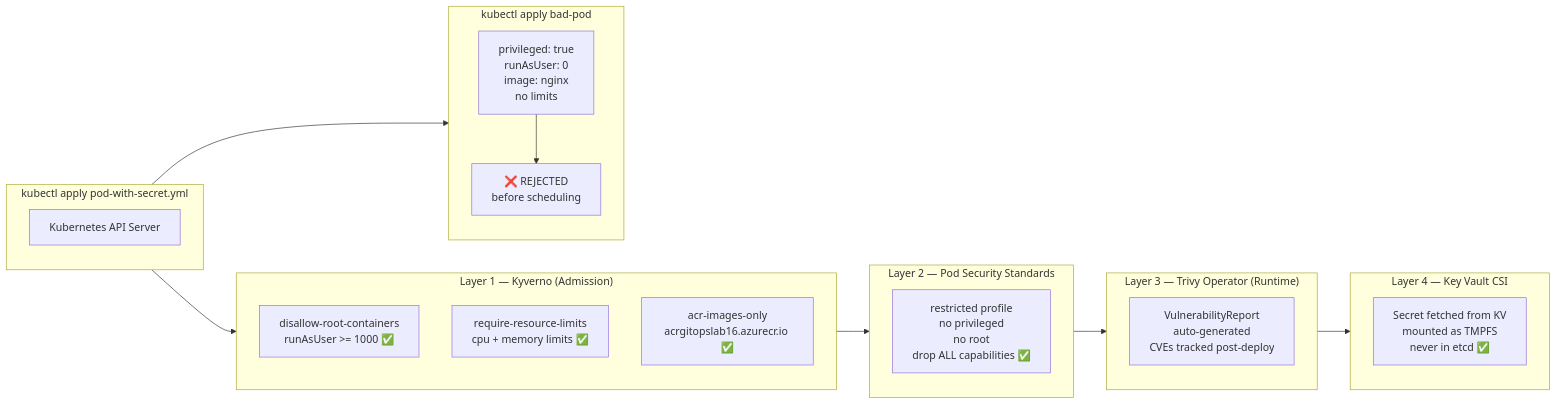
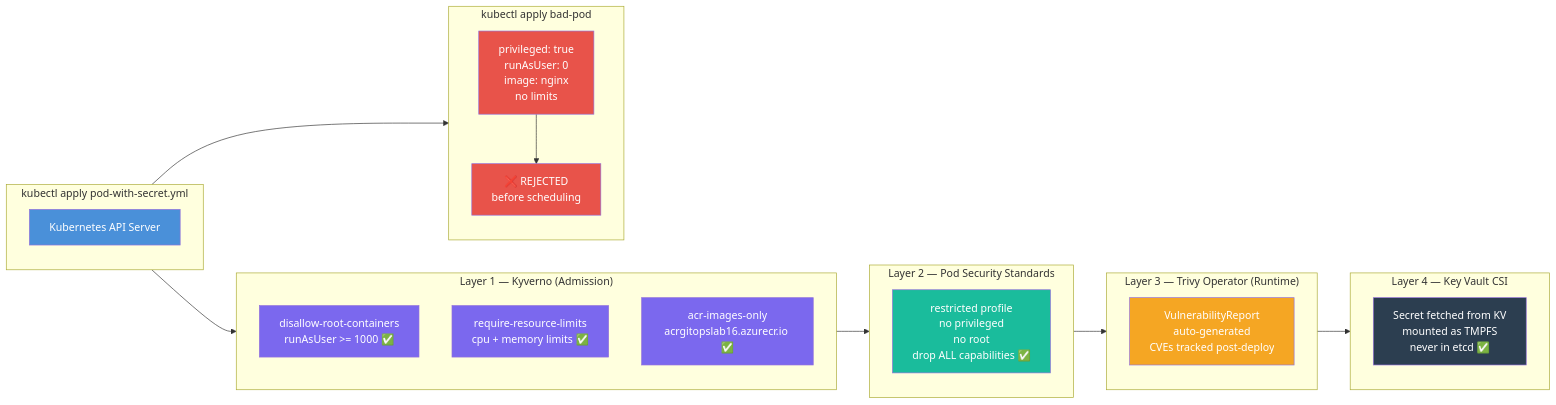
The second of 3 diagrams in Kubernetes/Hands-On-16 — Harden, Secure, and Operate Production/README.md (manoj-2606/Hands-On-Labs), drawn with Mermaid before and after one commit. The commit also changed other lines of this file, not shown here.

````diff
--- a/Kubernetes/Hands-On-16 — Harden, Secure, and Operate Production/README.md
+++ b/Kubernetes/Hands-On-16 — Harden, Secure, and Operate Production/README.md
@@ -121,34 +142,44 @@
 ```mermaid
 flowchart LR
     subgraph Request["kubectl apply pod-with-secret.yml"]
         direction TB
         API["Kubernetes API Server"]
     end
 
     subgraph Layer1["Layer 1 — Kyverno (Admission)"]
         K1["disallow-root-containers\nrunAsUser >= 1000 ✅"]
         K2["require-resource-limits\ncpu + memory limits ✅"]
         K3["acr-images-only\nacrgitopslab16.azurecr.io ✅"]
     end
 
     subgraph Layer2["Layer 2 — Pod Security Standards"]
         PSS["restricted profile\nno privileged\nno root\ndrop ALL capabilities ✅"]
     end
 
     subgraph Layer3["Layer 3 — Trivy Operator (Runtime)"]
         TO["VulnerabilityReport\nauto-generated\nCVEs tracked post-deploy"]
     end
 
     subgraph Layer4["Layer 4 — Key Vault CSI"]
         CSI["Secret fetched from KV\nmounted as TMPFS\nnever in etcd ✅"]
     end
 
     subgraph BadRequest["kubectl apply bad-pod"]
         BP["privileged: true\nrunAsUser: 0\nimage: nginx\nno limits"]
         BLOCKED["❌ REJECTED\nbefore scheduling"]
         BP --> BLOCKED
     end
 
     API --> Layer1 --> Layer2 --> Layer3 --> Layer4
     API --> BadRequest
+
+    style API fill:#4A90D9,color:#fff
+    style K1 fill:#7B68EE,color:#fff
+    style K2 fill:#7B68EE,color:#fff
+    style K3 fill:#7B68EE,color:#fff
+    style PSS fill:#1ABC9C,color:#fff
+    style TO fill:#F5A623,color:#fff
+    style CSI fill:#2C3E50,color:#fff
+    style BP fill:#E8534A,color:#fff
+    style BLOCKED fill:#E8534A,color:#fff
 ```
````
